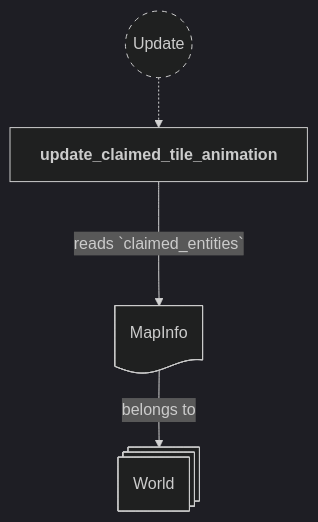
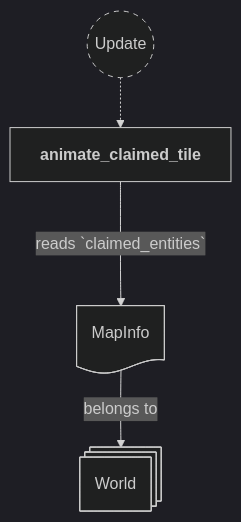
Before and after one commit to neurosoup/tyled: the ninth of 24 diagrams in backlog/docs/doc-5 - 004-Animations-plugin.md, drawn with Mermaid. The commit also changed other lines of this file and 4 other files, not shown here.

````diff
--- a/backlog/docs/doc-5 - 004-Animations-plugin.md
+++ b/backlog/docs/doc-5 - 004-Animations-plugin.md
@@ -363,21 +363,21 @@
 ```mermaid
 ---
 config:
   theme: dark
 ---
 
 flowchart TD
 classDef system-group stroke-dasharray: 5 5
 
 update(("`Update`")):::system-group
-update_claimed_tile_animation["`**update_claimed_tile_animation**`"]
+animate_claimed_tile["`**animate_claimed_tile**`"]
 
-update -.-> update_claimed_tile_animation
+update -.-> animate_claimed_tile
 
 world@{ shape: st-rect, label: "World" }
 map_info_res@{ shape: doc, label: "MapInfo" }
 
 map_info_res --> |belongs to| world
 
-update_claimed_tile_animation ---> |reads `claimed_entities`| map_info_res
+animate_claimed_tile ---> |reads `claimed_entities`| map_info_res
 ```
````
